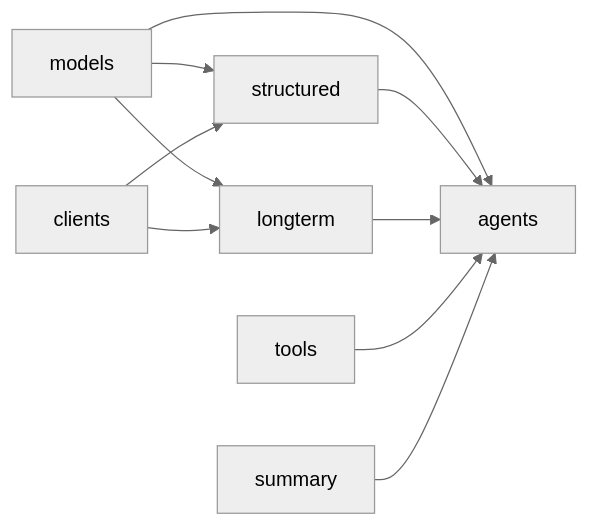
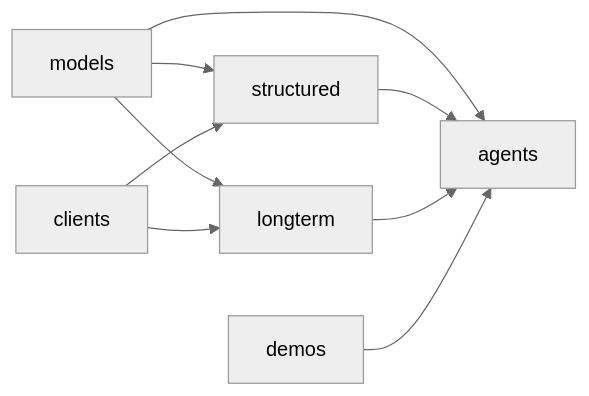
The second of 10 diagrams in ARCHITECTURE.md (sandy1990418/MemoryAgent), drawn with Mermaid (neutral theme) before and after one commit. The commit also changed other lines of this file and 55 other files, not shown here.

````diff
--- a/ARCHITECTURE.md
+++ b/ARCHITECTURE.md
@@ -94,12 +113,11 @@
 ```mermaid
 flowchart LR
     Models[models] --> Structured[structured]
     Models --> LongTerm[longterm]
     Models --> Agents[agents]
     Clients[clients] --> Structured
     Clients --> LongTerm
     Structured --> Agents
     LongTerm --> Agents
-    Tools[tools] --> Agents
-    Summary[summary] --> Agents
+    Demos[demos] --> Agents
 ```
````
